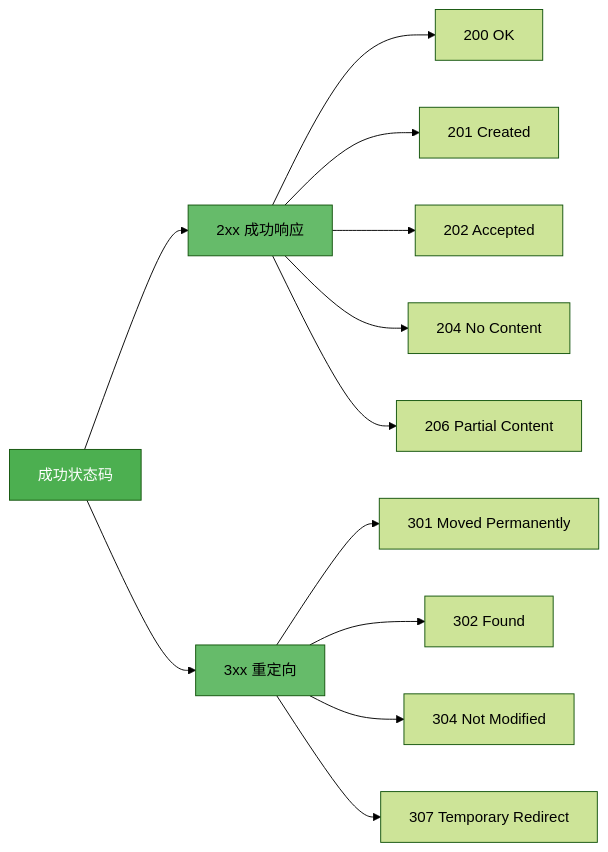
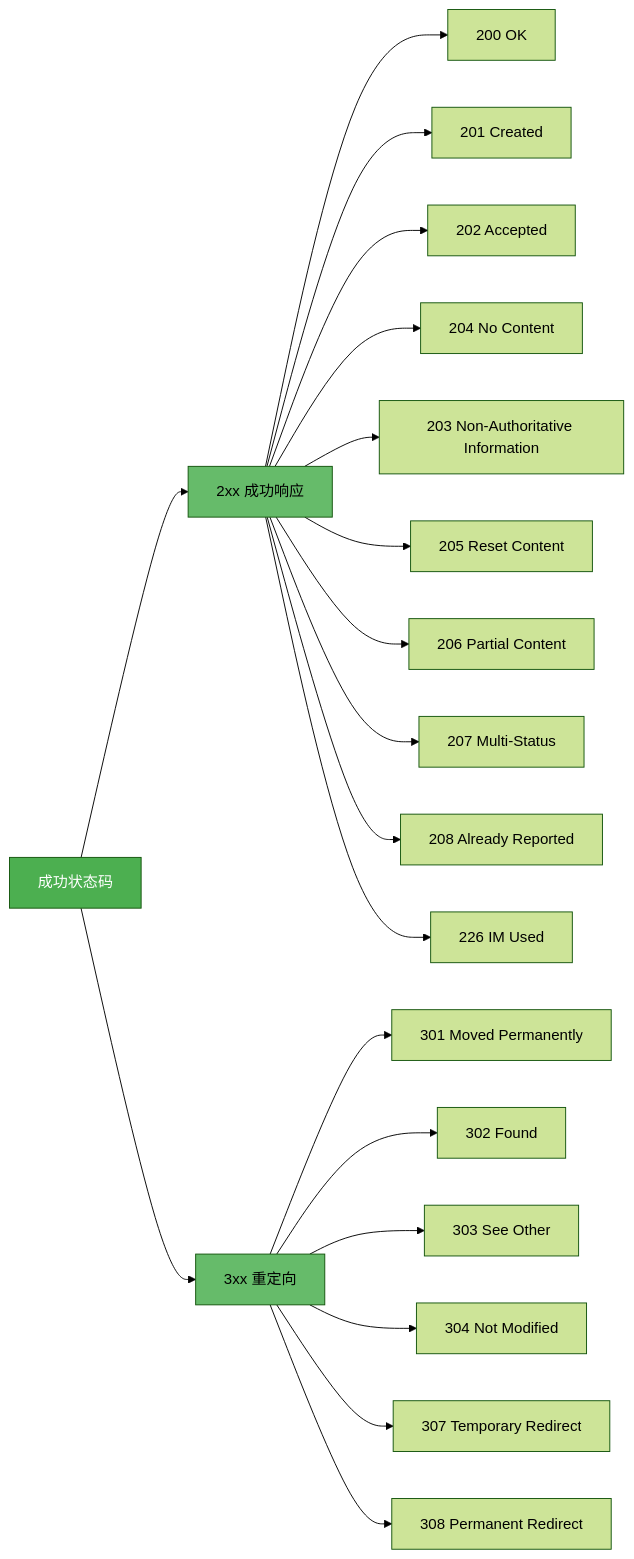
The tenth of 17 diagrams in design/call/api.md (HongyuS/euler-copilot-framework), drawn with Mermaid (forest theme) before and after one commit. The commit also changed other lines of this file and 7 other files, not shown here.

````diff
--- a/design/call/api.md
+++ b/design/call/api.md
@@ -469,22 +469,29 @@
 ```mermaid
 graph LR
     Success[成功状态码]
 
     Success --> S2xx[2xx 成功响应]
     Success --> S3xx[3xx 重定向]
 
     S2xx --> S200[200 OK]
     S2xx --> S201[201 Created]
     S2xx --> S202[202 Accepted]
     S2xx --> S204[204 No Content]
+    S2xx --> S203[203 Non-Authoritative Information]
+    S2xx --> S205[205 Reset Content]
     S2xx --> S206[206 Partial Content]
+    S2xx --> S207[207 Multi-Status]
+    S2xx --> S208[208 Already Reported]
+    S2xx --> S226[226 IM Used]
 
     S3xx --> S301[301 Moved Permanently]
     S3xx --> S302[302 Found]
+    S3xx --> S303[303 See Other]
     S3xx --> S304[304 Not Modified]
     S3xx --> S307[307 Temporary Redirect]
+    S3xx --> S308[308 Permanent Redirect]
 
     style Success fill:#4caf50,color:#fff
     style S2xx fill:#66bb6a
     style S3xx fill:#66bb6a
 ```
````
